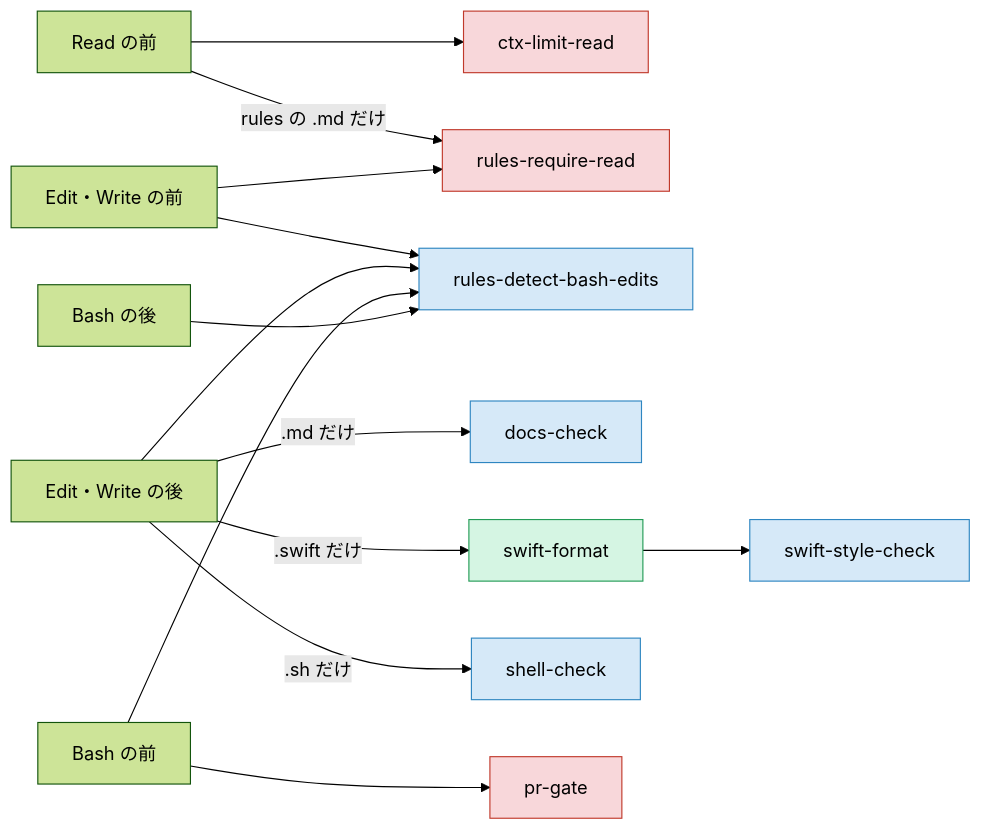
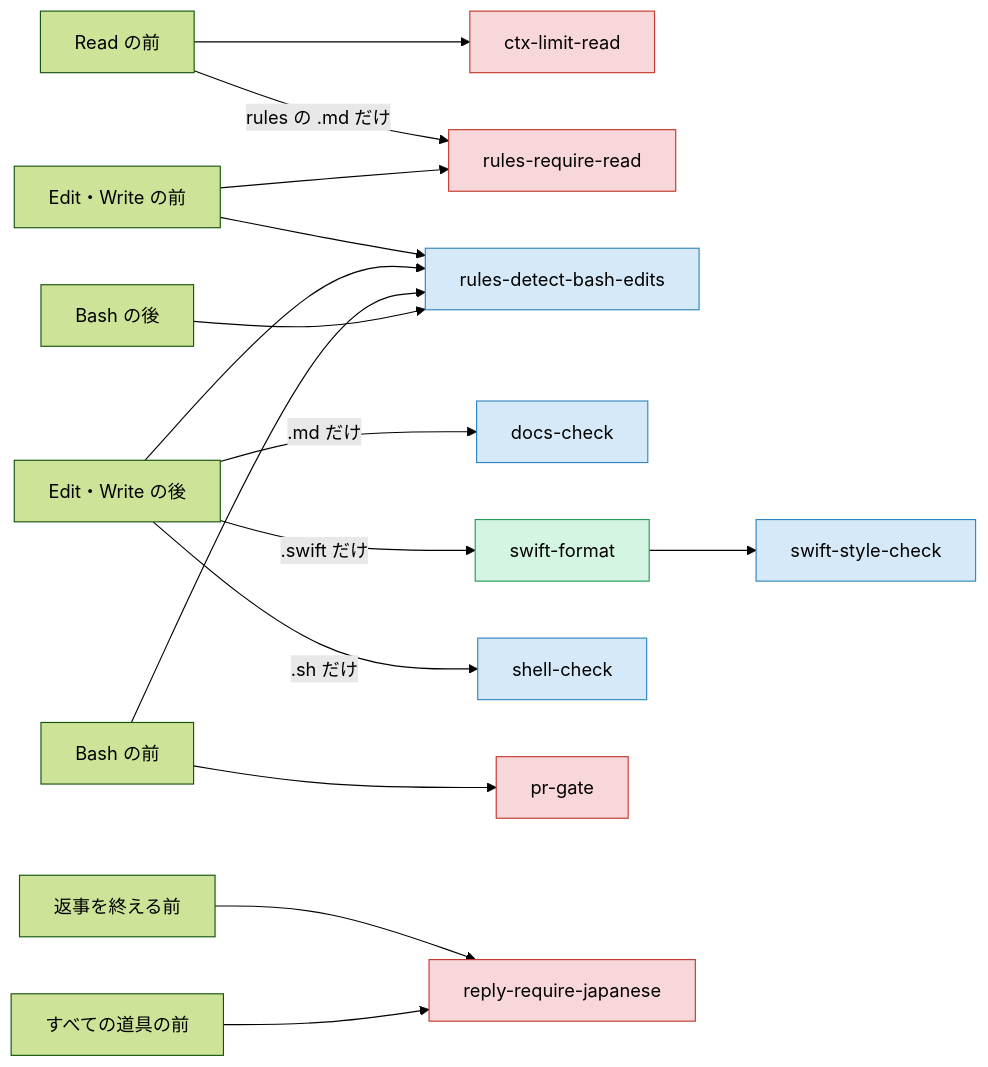
The diagram in docs/usage/components.md (yossibank/claude-config), drawn with Mermaid (forest theme) before and after one commit. The commit also changed other lines of this file and 7 other files, not shown here.

````diff
--- a/docs/usage/components.md
+++ b/docs/usage/components.md
@@ -30,22 +30,24 @@
 ```mermaid
 flowchart LR
     readBefore["Read の前"] --> limit["ctx-limit-read"]
     readBefore -->|rules の .md だけ| require["rules-require-read"]
     editBefore["Edit・Write の前"] --> require
     editBefore --> detect["rules-detect-bash-edits"]
     editAfter["Edit・Write の後"] -->|.md だけ| docs["docs-check"]
     editAfter -->|.swift だけ| swift["swift-format"]
     swift --> swiftStyle["swift-style-check"]
     editAfter -->|.sh だけ| shell["shell-check"]
     editAfter --> detect
     bashBefore["Bash の前"] --> detect
     bashBefore --> gate["pr-gate"]
     bashAfter["Bash の後"] --> detect
+    stop["返事を終える前"] --> japanese["reply-require-japanese"]
+    toolBefore["すべての道具の前"] --> japanese
 
     classDef block fill:#f8d7da,stroke:#c0392b,color:#000
     classDef inform fill:#d6e9f8,stroke:#2e86c1,color:#000
     classDef tidy fill:#d5f5e3,stroke:#239b56,color:#000
-    class limit,require,gate block
+    class limit,require,gate,japanese block
     class docs,swiftStyle,shell,detect inform
     class swift tidy
 ```
````
